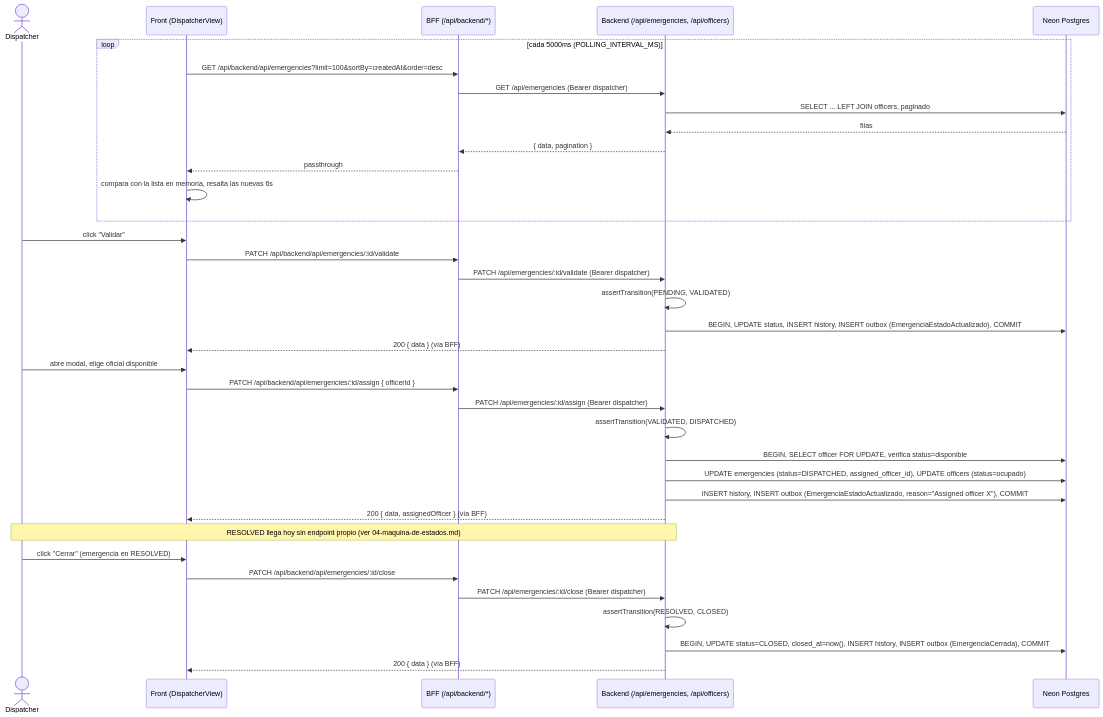
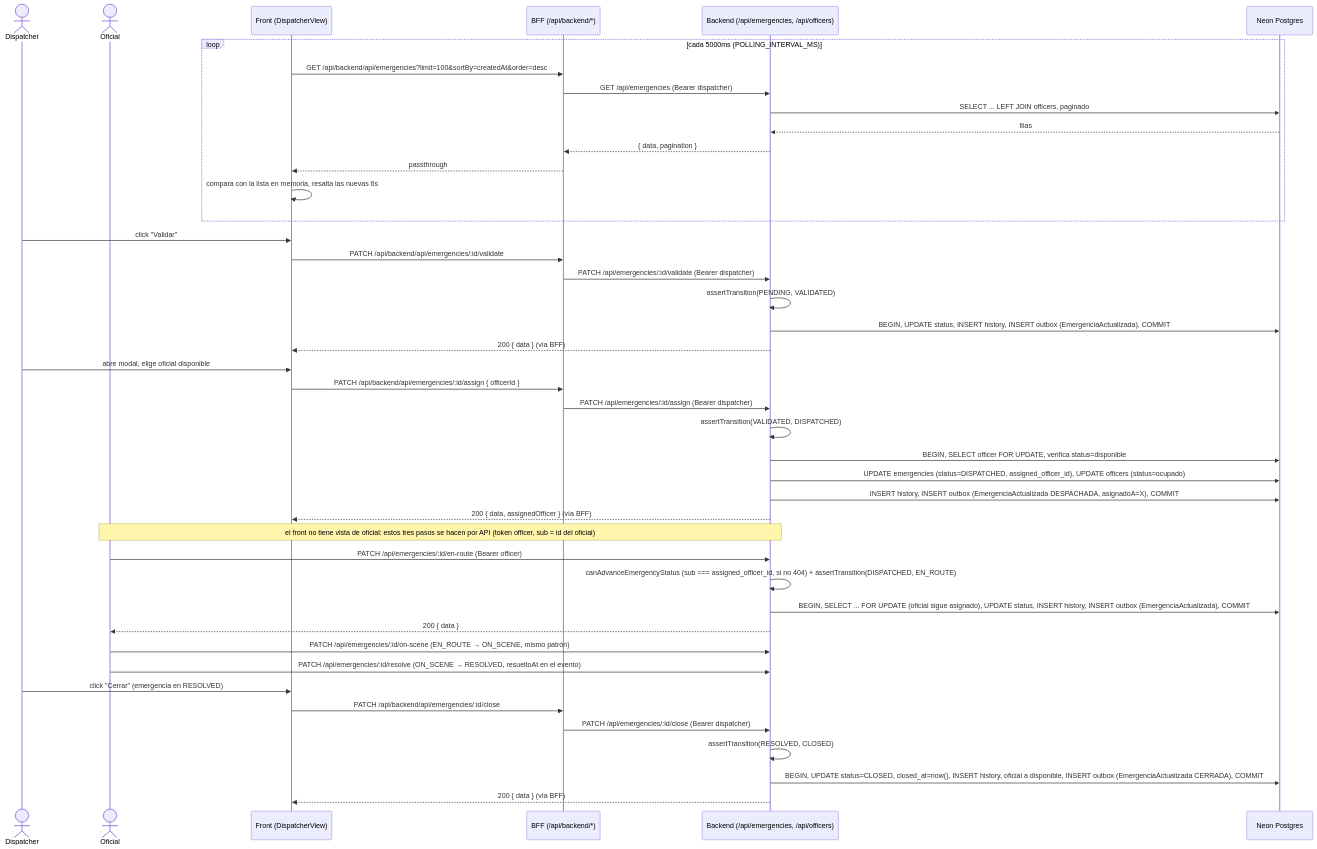
Before and after one commit to G6D2/emergencias-backend: the second of 5 diagrams in docs/diagramas/05-secuencias.md, drawn with Mermaid. The commit also changed other lines of this file and 13 other files, not shown here.

First line of the commit message:
docs: README y diagramas alineados con main

````diff
--- a/docs/diagramas/05-secuencias.md
+++ b/docs/diagramas/05-secuencias.md
@@ -48,43 +48,50 @@
 ```mermaid
 sequenceDiagram
     actor Dispatcher
+    actor Oficial
     participant Front as Front (DispatcherView)
     participant BFF as BFF (/api/backend/*)
     participant Back as Backend (/api/emergencies, /api/officers)
     participant DB as Neon Postgres
 
     loop cada 5000ms (POLLING_INTERVAL_MS)
         Front->>BFF: GET /api/backend/api/emergencies?limit=100&sortBy=createdAt&order=desc
         BFF->>Back: GET /api/emergencies (Bearer dispatcher)
         Back->>DB: SELECT ... LEFT JOIN officers, paginado
         DB-->>Back: filas
         Back-->>BFF: { data, pagination }
         BFF-->>Front: passthrough
         Front->>Front: compara con la lista en memoria, resalta las nuevas 6s
     end
 
     Dispatcher->>Front: click "Validar"
     Front->>BFF: PATCH /api/backend/api/emergencies/:id/validate
     BFF->>Back: PATCH /api/emergencies/:id/validate (Bearer dispatcher)
     Back->>Back: assertTransition(PENDING, VALIDATED)
-    Back->>DB: BEGIN, UPDATE status, INSERT history, INSERT outbox (EmergenciaEstadoActualizado), COMMIT
+    Back->>DB: BEGIN, UPDATE status, INSERT history, INSERT outbox (EmergenciaActualizada), COMMIT
     Back-->>Front: 200 { data } (vía BFF)
 
     Dispatcher->>Front: abre modal, elige oficial disponible
     Front->>BFF: PATCH /api/backend/api/emergencies/:id/assign { officerId }
     BFF->>Back: PATCH /api/emergencies/:id/assign (Bearer dispatcher)
     Back->>Back: assertTransition(VALIDATED, DISPATCHED)
     Back->>DB: BEGIN, SELECT officer FOR UPDATE, verifica status=disponible
     Back->>DB: UPDATE emergencies (status=DISPATCHED, assigned_officer_id), UPDATE officers (status=ocupado)
-    Back->>DB: INSERT history, INSERT outbox (EmergenciaEstadoActualizado, reason="Assigned officer X"), COMMIT
+    Back->>DB: INSERT history, INSERT outbox (EmergenciaActualizada DESPACHADA, asignadoA=X), COMMIT
     Back-->>Front: 200 { data, assignedOfficer } (vía BFF)
 
-    Note over Dispatcher,Back: RESOLVED llega hoy sin endpoint propio (ver 04-maquina-de-estados.md)
+    Note over Oficial,Back: el front no tiene vista de oficial: estos tres pasos se hacen por API (token officer, sub = id del oficial)
+    Oficial->>Back: PATCH /api/emergencies/:id/en-route (Bearer officer)
+    Back->>Back: canAdvanceEmergencyStatus (sub === assigned_officer_id, si no 404) + assertTransition(DISPATCHED, EN_ROUTE)
+    Back->>DB: BEGIN, SELECT ... FOR UPDATE (oficial sigue asignado), UPDATE status, INSERT history, INSERT outbox (EmergenciaActualizada), COMMIT
+    Back-->>Oficial: 200 { data }
+    Oficial->>Back: PATCH /api/emergencies/:id/on-scene (EN_ROUTE → ON_SCENE, mismo patrón)
+    Oficial->>Back: PATCH /api/emergencies/:id/resolve (ON_SCENE → RESOLVED, resueltoAt en el evento)
 
     Dispatcher->>Front: click "Cerrar" (emergencia en RESOLVED)
     Front->>BFF: PATCH /api/backend/api/emergencies/:id/close
     BFF->>Back: PATCH /api/emergencies/:id/close (Bearer dispatcher)
     Back->>Back: assertTransition(RESOLVED, CLOSED)
-    Back->>DB: BEGIN, UPDATE status=CLOSED, closed_at=now(), INSERT history, INSERT outbox (EmergenciaCerrada), COMMIT
+    Back->>DB: BEGIN, UPDATE status=CLOSED, closed_at=now(), INSERT history, oficial a disponible, INSERT outbox (EmergenciaActualizada CERRADA), COMMIT
     Back-->>Front: 200 { data } (vía BFF)
 ```
````
